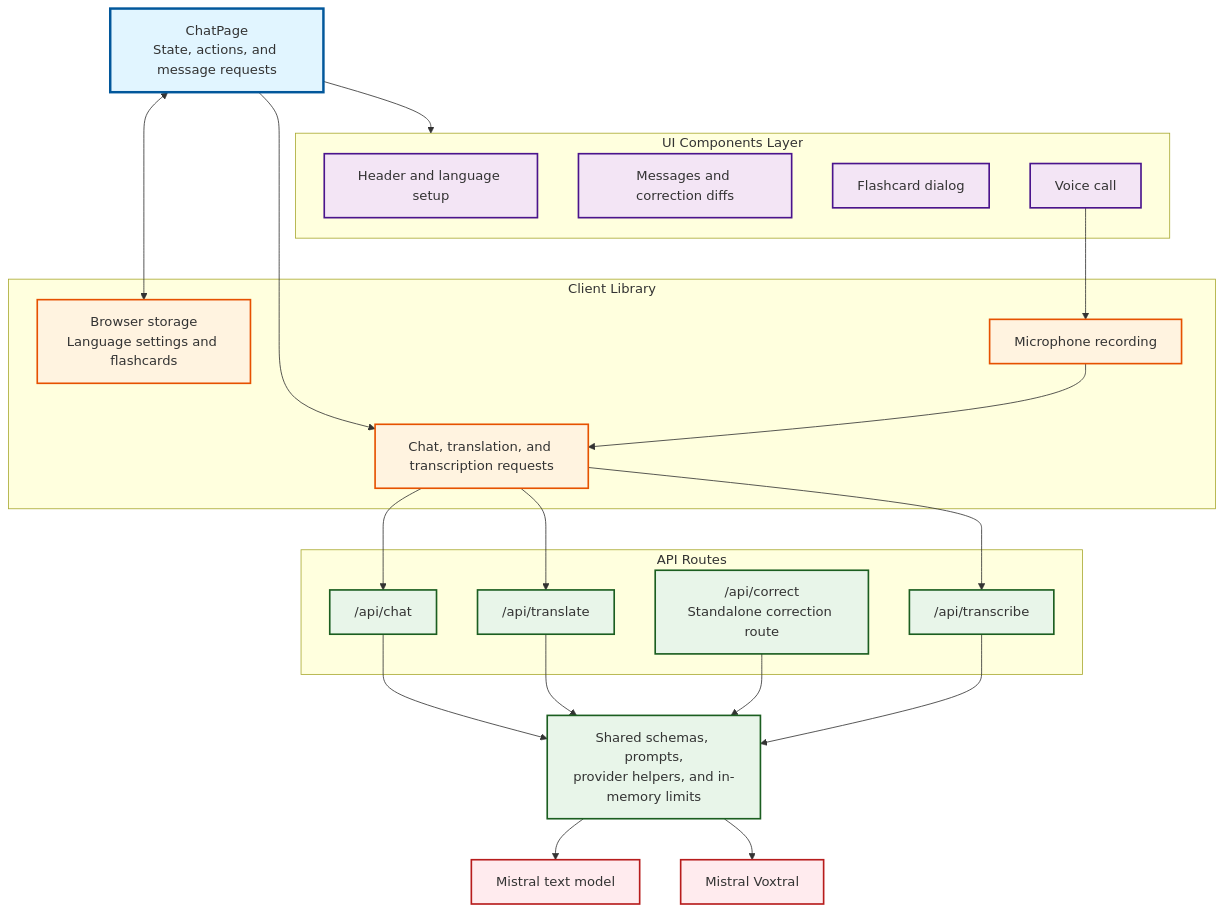
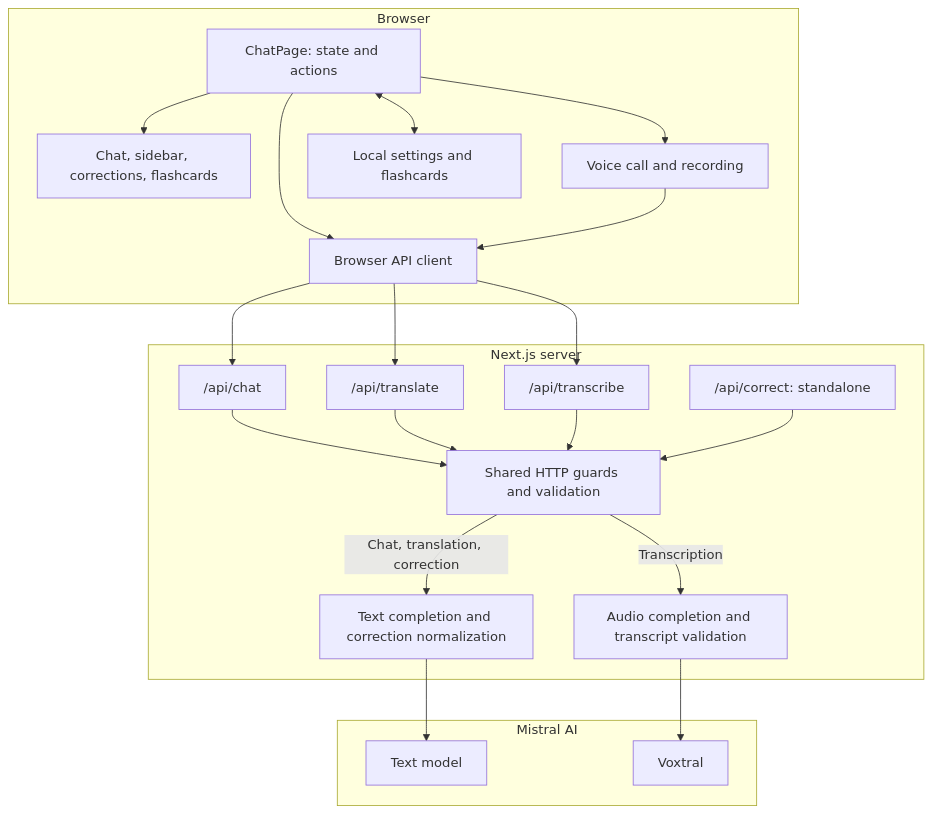
One commit to Yvesei/LangBot changed the first of 4 diagrams in README.md. Above: the diagram before and after it, drawn with Mermaid. The commit also changed other lines of this file and 5 other files, not shown here.

First line of the commit message:
Refresh README with technical architecture and testing guide (#23)

````diff
--- a/README.md
+++ b/README.md
@@ -102,55 +65,44 @@
 ```mermaid
-graph TB
-    Page["ChatPage<br/>State, actions, and message requests"]
+flowchart TB
+    subgraph Browser["Browser"]
+        Page["ChatPage: state and actions"]
+        UI["Chat, sidebar, corrections, flashcards"]
+        Voice["Voice call and recording"]
+        Storage["Local settings and flashcards"]
+        Client["Browser API client"]
 
-    subgraph UI["UI Components Layer"]
-        Header["Header and language setup"]
-        Msg["Messages and correction diffs"]
-        Cards["Flashcard dialog"]
-        Voice["Voice call"]
+        Page --> UI
+        Page --> Voice
+        Page <--> Storage
+        Page --> Client
+        Voice --> Client
     end
 
-    subgraph ClientLib["Client Library"]
-        API["Chat, translation, and transcription requests"]
-        Storage["Browser storage<br/>Language settings and flashcards"]
-        Recorder["Microphone recording"]
+    subgraph Server["Next.js server"]
+        Chat["/api/chat"]
+        Translate["/api/translate"]
+        Transcribe["/api/transcribe"]
+        Correct["/api/correct: standalone"]
+        Helpers["Shared HTTP guards and validation"]
+        TextRequest["Text completion and correction normalization"]
+        AudioRequest["Audio completion and transcript validation"]
+
+        Chat --> Helpers
+        Translate --> Helpers
+        Transcribe --> Helpers
+        Correct --> Helpers
     end
 
-    subgraph Routes["API Routes"]
-        ChatRoute["/api/chat"]
-        TransRoute["/api/translate"]
-        CorrectRoute["/api/correct<br/>Standalone correction route"]
-        AudioRoute["/api/transcribe"]
+    subgraph Provider["Mistral AI"]
+        Text["Text model"]
+        Audio["Voxtral"]
     end
 
-    Server["Shared schemas, prompts,<br/>provider helpers, and in-memory limits"]
-    Mistral["Mistral text model"]
-    Voxtral["Mistral Voxtral"]
-
-    Page --> UI
-    Page --> API
-    Page <--> Storage
-    Voice --> Recorder
-    Recorder --> API
-    API --> ChatRoute
-    API --> TransRoute
-    API --> AudioRoute
-    ChatRoute --> Server
-    TransRoute --> Server
-    CorrectRoute --> Server
-    AudioRoute --> Server
-    Server --> Mistral
-    Server --> Voxtral
-
-    classDef pageStyle fill:#e1f5ff,stroke:#01579b,stroke-width:3px
-    classDef uiStyle fill:#f3e5f5,stroke:#4a148c,stroke-width:2px
-    classDef apiStyle fill:#fff3e0,stroke:#e65100,stroke-width:2px
-    classDef routeStyle fill:#e8f5e9,stroke:#1b5e20,stroke-width:2px
-    classDef externalStyle fill:#ffebee,stroke:#b71c1c,stroke-width:2px
-
-    class Page pageStyle
-    class Header,Msg,Cards,Voice uiStyle
-    class API,Storage,Recorder apiStyle
-    class ChatRoute,TransRoute,CorrectRoute,AudioRoute,Server routeStyle
-    class Mistral,Voxtral externalStyle
+    Client --> Chat
+    Client --> Translate
+    Client --> Transcribe
+    Helpers -->|Chat, translation, correction| TextRequest
+    Helpers -->|Transcription| AudioRequest
+    TextRequest --> Text
+    AudioRequest --> Audio
 ```
````
